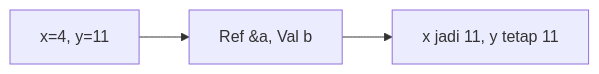
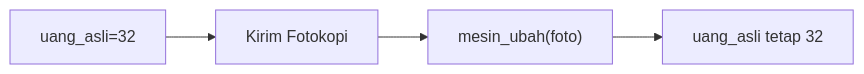
The seventh of 25 diagrams in part-c-pemahaman-cpp/04-fungsi/latihan/set-01.md (amnahwaida/OSNK_INF_PREP), drawn with Mermaid before and after one commit. The commit also changed other lines of this file and 71 other files, not shown here.

````diff
--- a/part-c-pemahaman-cpp/04-fungsi/latihan/set-01.md
+++ b/part-c-pemahaman-cpp/04-fungsi/latihan/set-01.md
@@ -180,5 +189,6 @@
 ```mermaid
 graph LR
-A["x=4, y=11"] --> B["Ref &a, Val b"]
-B --> C["x jadi 11, y tetap 11"]
+A["uang_asli=32"] --> B["Kirim Fotokopi"]
+B --> C["mesin_ubah(foto)"]
+C --> D["uang_asli tetap 32"]
 ```
````
